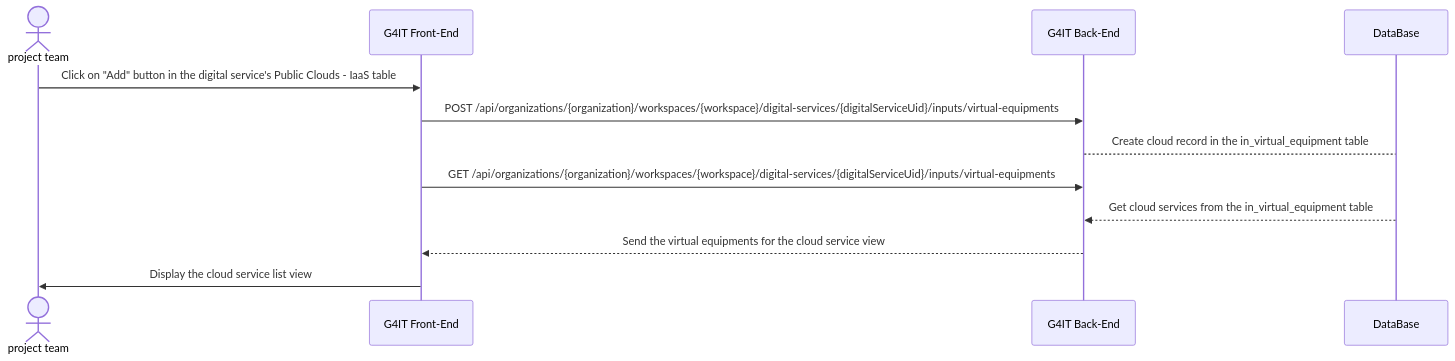
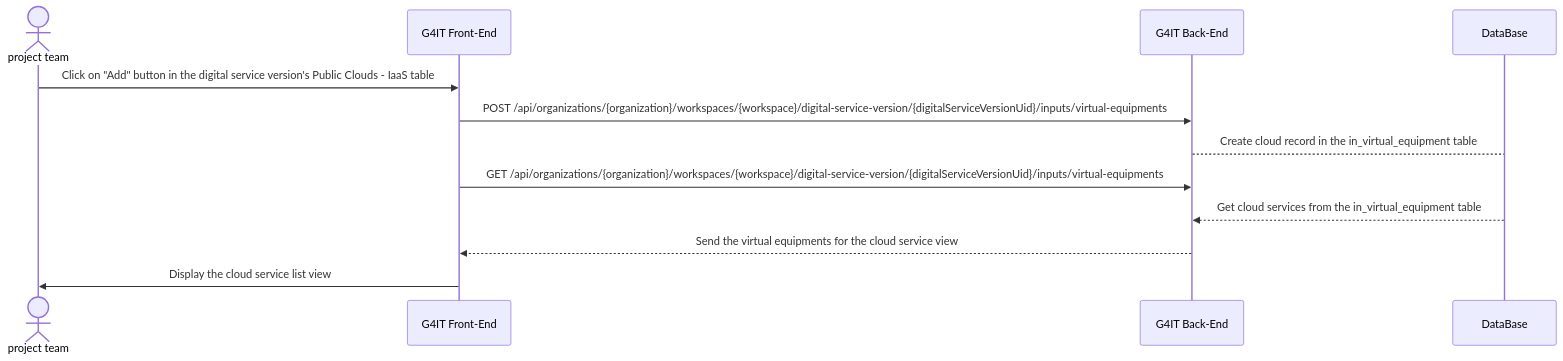
The diagram in services/documentation/content/2-functional-documentation/use_cases/uc_digital_services/uc3_add_visualize_equipments/uc3_add_visualize_cloud_services/add_visualize_cloud_services_via_forms.md (teamg4it/g4it), drawn with Mermaid before and after one commit. The commit also changed other lines of this file and 34 other files, not shown here.

```diff
--- a/services/documentation/content/2-functional-documentation/use_cases/uc_digital_services/uc3_add_visualize_equipments/uc3_add_visualize_cloud_services/add_visualize_cloud_services_via_forms.md
+++ b/services/documentation/content/2-functional-documentation/use_cases/uc_digital_services/uc3_add_visualize_equipments/uc3_add_visualize_cloud_services/add_visualize_cloud_services_via_forms.md
@@ -48,16 +48,16 @@
 {{< mermaid >}}
 sequenceDiagram
 actor RND as project team
 participant front as G4IT Front-End
 participant back as G4IT Back-End
 participant DataBase
 
-RND ->> front: Click on "Add" button in the digital service's Public Clouds - IaaS table
-front ->> back: POST /api/organizations/{organization}/workspaces/{workspace}/digital-services/{digitalServiceUid}/inputs/virtual-equipments
+RND ->> front: Click on "Add" button in the digital service version's Public Clouds - IaaS table
+front ->> back: POST /api/organizations/{organization}/workspaces/{workspace}/digital-service-version/{digitalServiceVersionUid}/inputs/virtual-equipments
 back--> DataBase: Create cloud record in the in_virtual_equipment table
-front ->> back: GET /api/organizations/{organization}/workspaces/{workspace}/digital-services/{digitalServiceUid}/inputs/virtual-equipments
+front ->> back: GET /api/organizations/{organization}/workspaces/{workspace}/digital-service-version/{digitalServiceVersionUid}/inputs/virtual-equipments
 DataBase -->> back: Get cloud services from the in_virtual_equipment table
 back -->> front: Send the virtual equipments for the cloud service view
 front->> RND : Display the cloud service list view
 
 {{< /mermaid >}}
```
